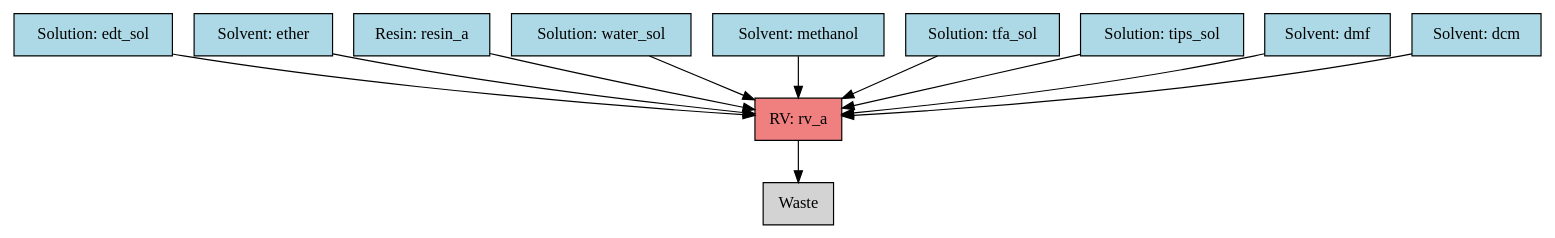
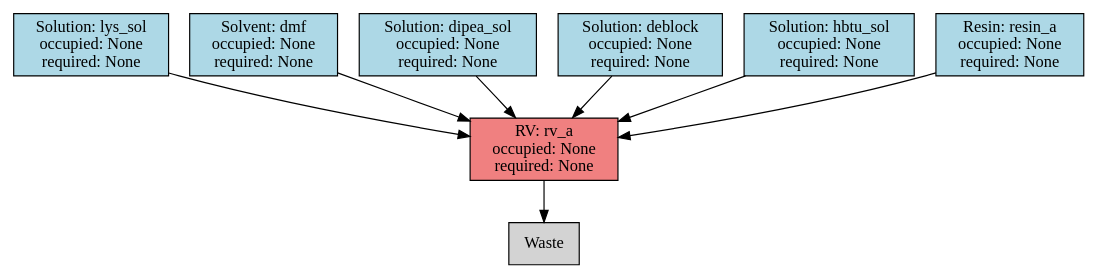
The diagram in data/hardware_graph.dot (NicholasMorris-1/TideScript), drawn with Graphviz before and after one commit. The commit also changed 5 other files, not shown here.

Commit message:
Fixed graph routing logic

```diff
--- a/data/hardware_graph.dot
+++ b/data/hardware_graph.dot
@@ -1,35 +1,41 @@
 digraph G {
-  node_3 [label="Solution: edt_sol", fillcolor="#ADD8E6", shape=box,
-          style="filled", ];
+  node_6 [label="Solution: lys_sol
+occupied: None
+required: None",
+          fillcolor="#ADD8E6", shape=box, style="filled", ];
+  node_7 [label="Solvent: dmf
+occupied: None
+required: None",
+          fillcolor="#ADD8E6", shape=box, style="filled", ];
   node_1 [label="Waste", fillcolor="#D3D3D3", shape=box, style="filled", ];
-  node_9 [label="Solvent: ether", fillcolor="#ADD8E6", shape=box,
-          style="filled", ];
-  node_2 [label="RV: rv_a", fillcolor="#F08080", shape=box, style="filled", ];
-  node_11 [label="Resin: resin_a", fillcolor="#ADD8E6", shape=box,
-           style="filled", ];
-  node_6 [label="Solution: water_sol", fillcolor="#ADD8E6", shape=box,
-          style="filled", ];
-  node_10 [label="Solvent: methanol", fillcolor="#ADD8E6", shape=box,
-           style="filled", ];
-  node_4 [label="Solution: tfa_sol", fillcolor="#ADD8E6", shape=box,
-          style="filled", ];
-  node_5 [label="Solution: tips_sol", fillcolor="#ADD8E6", shape=box,
-          style="filled", ];
-  node_8 [label="Solvent: dmf", fillcolor="#ADD8E6", shape=box,
-          style="filled", ];
-  node_7 [label="Solvent: dcm", fillcolor="#ADD8E6", shape=box,
-          style="filled", ];
+  node_4 [label="Solution: dipea_sol
+occupied: None
+required: None",
+          fillcolor="#ADD8E6", shape=box, style="filled", ];
+  node_2 [label="RV: rv_a
+occupied: None
+required: None",
+          fillcolor="#F08080", shape=box, style="filled", ];
+  node_3 [label="Solution: deblock
+occupied: None
+required: None",
+          fillcolor="#ADD8E6", shape=box, style="filled", ];
+  node_5 [label="Solution: hbtu_sol
+occupied: None
+required: None",
+          fillcolor="#ADD8E6", shape=box, style="filled", ];
+  node_8 [label="Resin: resin_a
+occupied: None
+required: None",
+          fillcolor="#ADD8E6", shape=box, style="filled", ];
   
   
+  node_6 -> node_2;
+  node_7 -> node_2;
+  node_4 -> node_2;
+  node_2 -> node_1;
   node_3 -> node_2;
-  node_9 -> node_2;
-  node_2 -> node_1;
-  node_11 -> node_2;
-  node_6 -> node_2;
-  node_10 -> node_2;
-  node_4 -> node_2;
   node_5 -> node_2;
   node_8 -> node_2;
-  node_7 -> node_2;
   
   }
```
